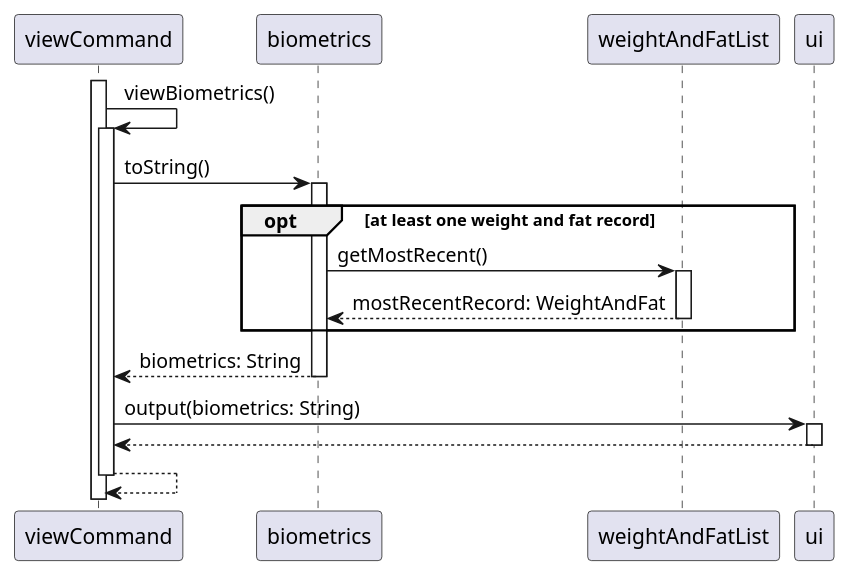
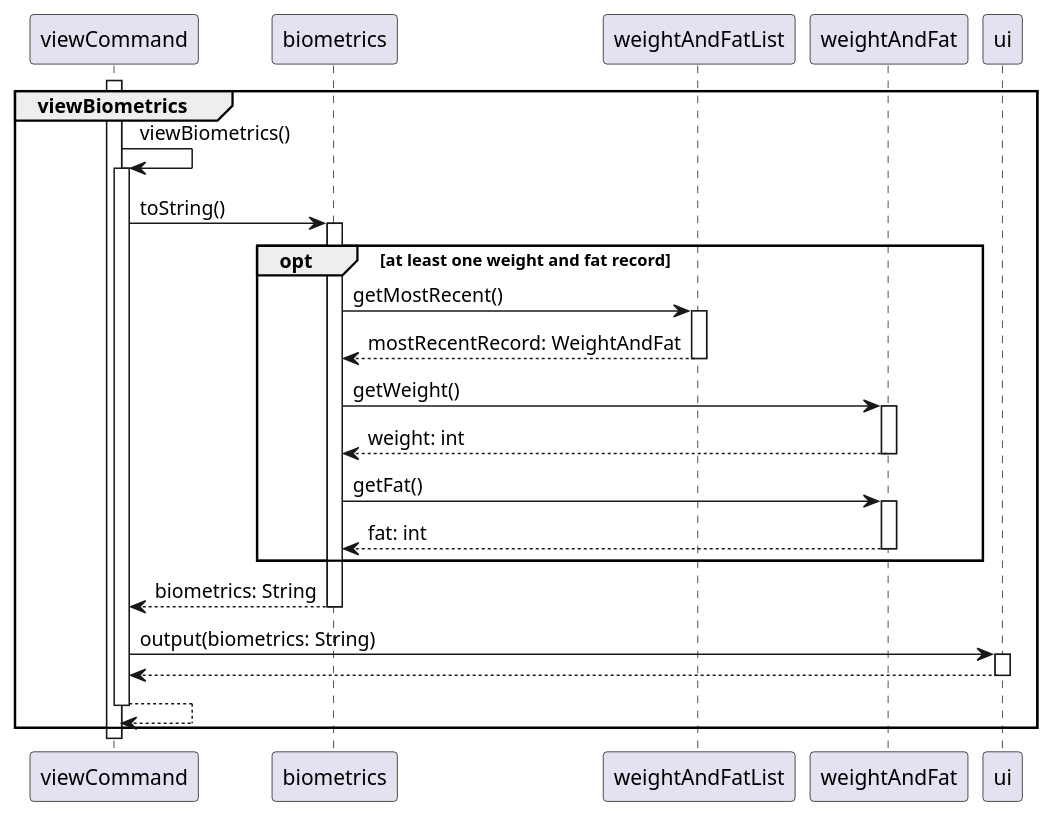
The diagram in docs/UmlDiagrams/ViewBiometrics.puml (nus-cs2113-AY2223S1/tp), drawn with PlantUML before and after one commit. The commit also changed 15 other files, not shown here.

```diff
--- a/docs/UmlDiagrams/ViewBiometrics.puml
+++ b/docs/UmlDiagrams/ViewBiometrics.puml
@@ -1,19 +1,28 @@
 @startuml
 'https://plantuml.com/sequence-diagram
 
 autoactivate on
 
 activate viewCommand
+group viewBiometrics
     viewCommand -> viewCommand: viewBiometrics()
     viewCommand -> biometrics: toString()
     opt at least one weight and fat record
         biometrics -> weightAndFatList: getMostRecent()
         return mostRecentRecord: WeightAndFat
+        biometrics -> weightAndFat: getWeight()
+        return weight: int
+        biometrics -> weightAndFat: getFat()
+        return fat: int
     end
 
     return biometrics: String
     viewCommand -> ui: output(biometrics: String)
     return
 return
 
+end
+
+deactivate viewCommand
+
 @enduml
```
